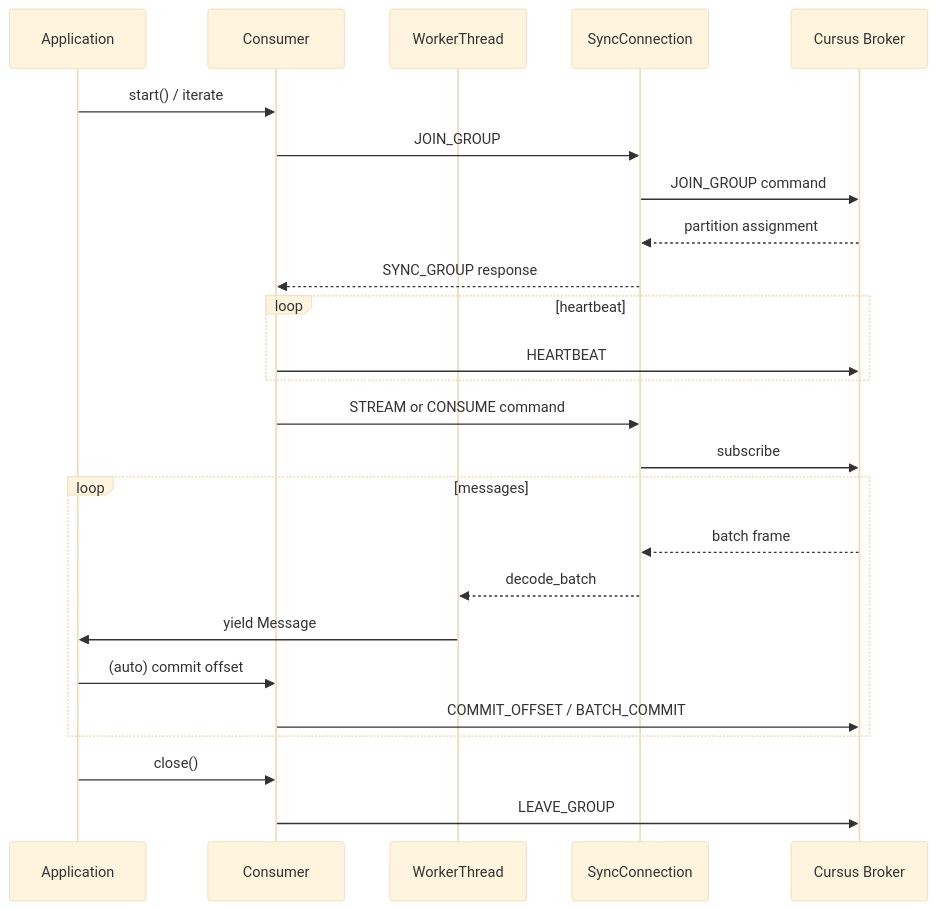
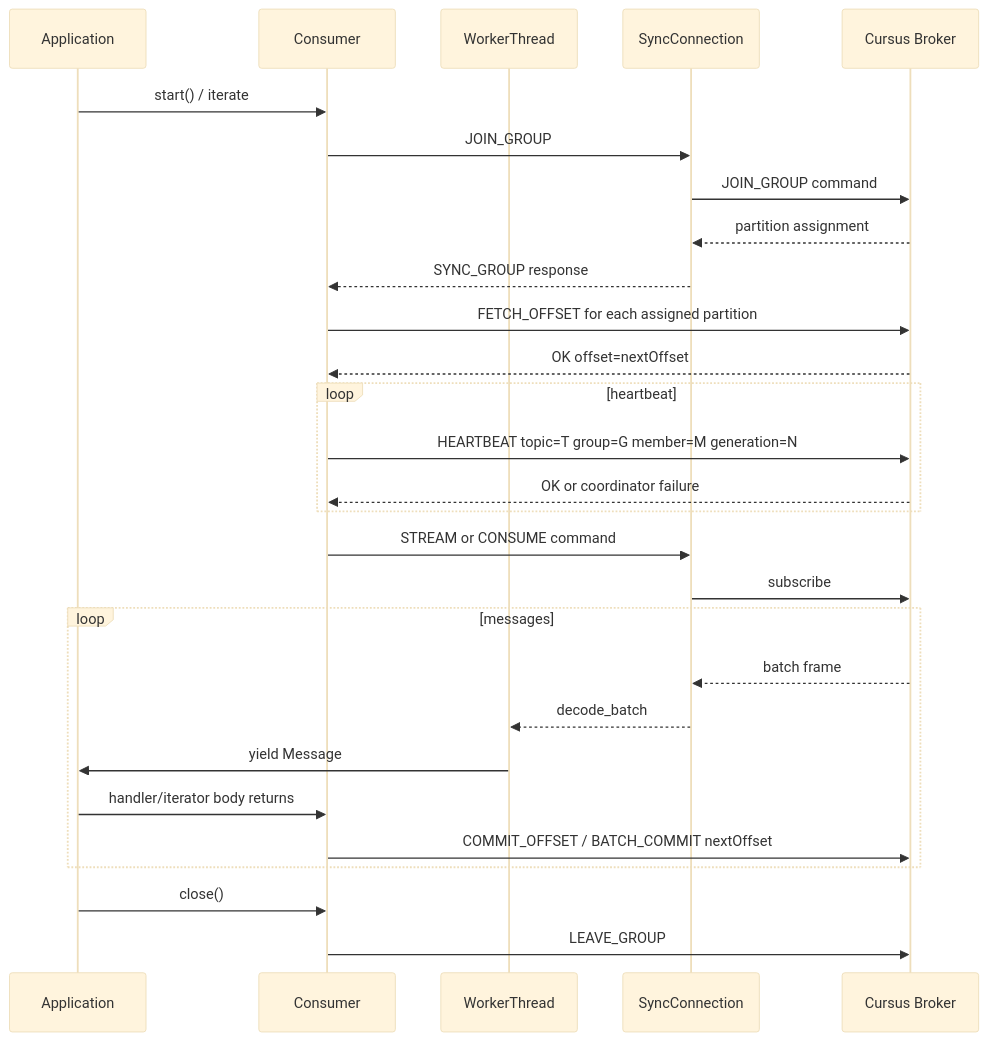
One commit to cursus-io/cursus-python changed the third of 3 diagrams in docs/architecture.md. Above: the diagram before and after it, drawn with Mermaid (base theme). The commit also changed 22 other files, not shown here.

Commit message:
fix: support broker-managed offset resets (#9)

````diff
--- a/docs/architecture.md
+++ b/docs/architecture.md
@@ -68,28 +68,31 @@
 ```mermaid
 sequenceDiagram
     participant App as Application
     participant Con as Consumer
     participant W as WorkerThread
     participant C as SyncConnection
     participant Broker as Cursus Broker
 
     App->>Con: start() / iterate
     Con->>C: JOIN_GROUP
     C->>Broker: JOIN_GROUP command
     Broker-->>C: partition assignment
     C-->>Con: SYNC_GROUP response
+    Con->>Broker: FETCH_OFFSET for each assigned partition
+    Broker-->>Con: OK offset=nextOffset
     loop heartbeat
-        Con->>Broker: HEARTBEAT
+        Con->>Broker: HEARTBEAT topic=T group=G member=M generation=N
+        Broker-->>Con: OK or coordinator failure
     end
     Con->>C: STREAM or CONSUME command
     C->>Broker: subscribe
     loop messages
         Broker-->>C: batch frame
         C-->>W: decode_batch
         W->>App: yield Message
-        App->>Con: (auto) commit offset
-        Con->>Broker: COMMIT_OFFSET / BATCH_COMMIT
+        App->>Con: handler/iterator body returns
+        Con->>Broker: COMMIT_OFFSET / BATCH_COMMIT nextOffset
     end
     App->>Con: close()
     Con->>Broker: LEAVE_GROUP
 ```
````
